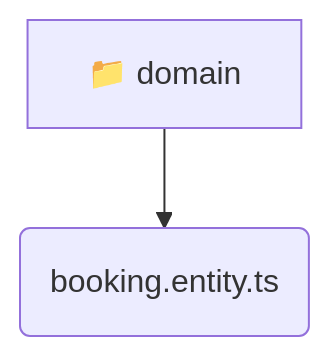
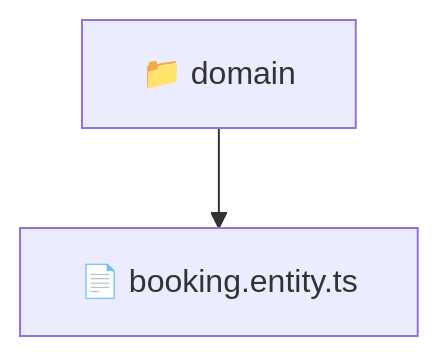
The diagram in backend/src/modules/booking/domain/README.md (beginwebdev2002/fullstack-mavluda), drawn with Mermaid before and after one commit. The commit also changed other lines of this file and 163 other files, not shown here.

````diff
--- a/backend/src/modules/booking/domain/README.md
+++ b/backend/src/modules/booking/domain/README.md
@@ -9,5 +10,5 @@
 ```mermaid
 graph TD
-  domain[📁 domain]
-  domain --> domain_booking_entity_ts(booking.entity.ts)
+  Root["📁 domain"]
+  Root --> bookingentityts["📄 booking.entity.ts"]
 ```
````
